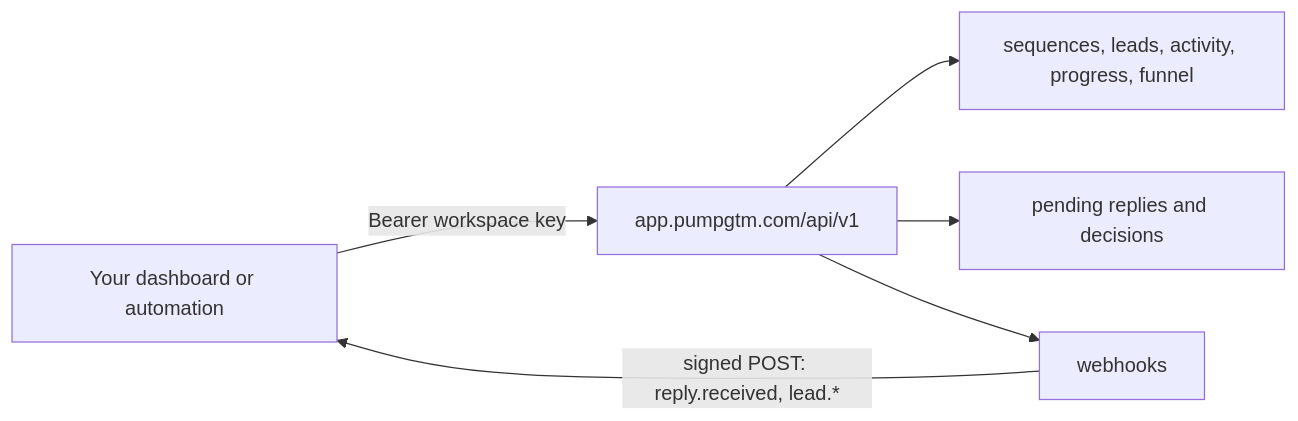
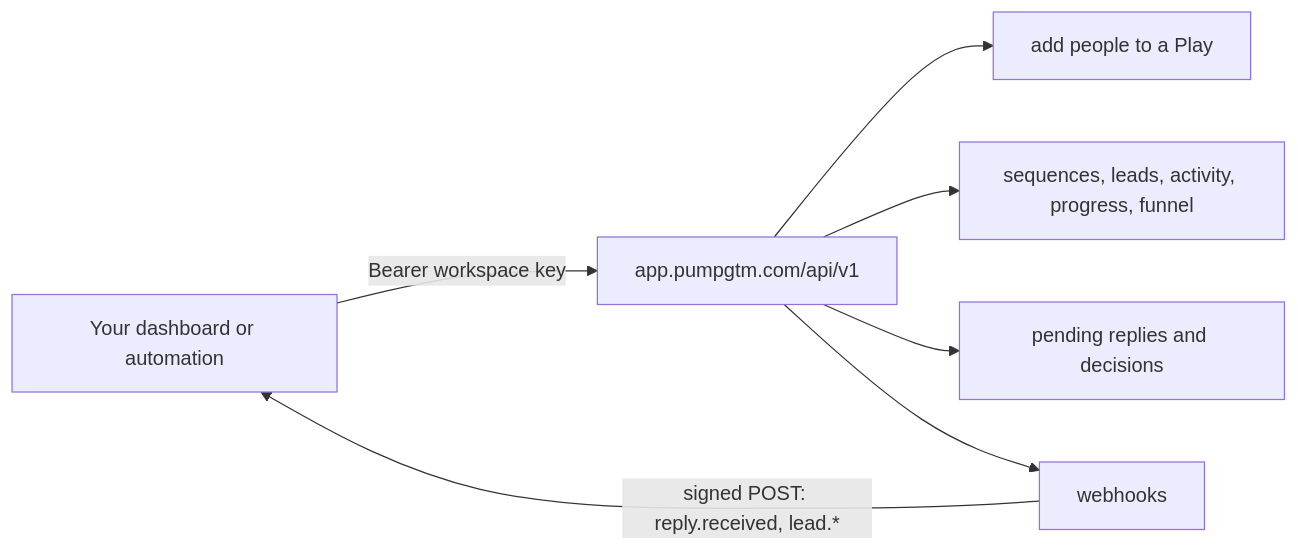
One commit to pumpgtm/pumpgtm-api changed the diagram in README.md. Above: the diagram before and after it, drawn with Mermaid. The commit also changed other lines of this file and 1 other file, not shown here.

````diff
--- a/README.md
+++ b/README.md
@@ -33,8 +33,9 @@
 ```mermaid
 flowchart LR
   D[Your dashboard or automation] -- Bearer workspace key --> A[app.pumpgtm.com/api/v1]
+  A --> P[add people to a Play]
   A --> S[sequences, leads, activity, progress, funnel]
   A --> R[pending replies and decisions]
   A --> W[webhooks]
   W -- signed POST: reply.received, lead.* --> D
 ```
````
